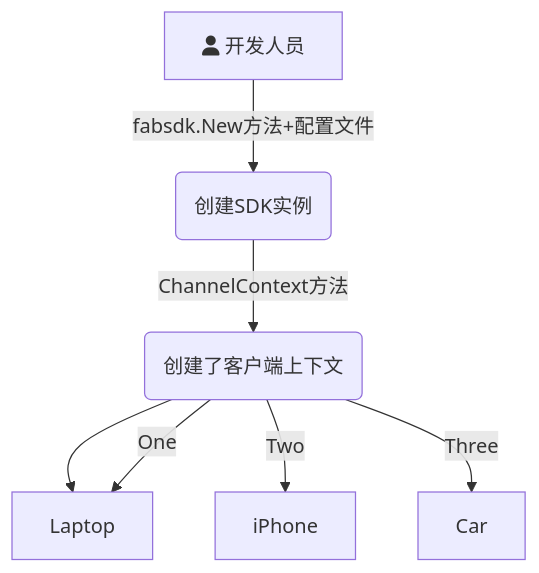
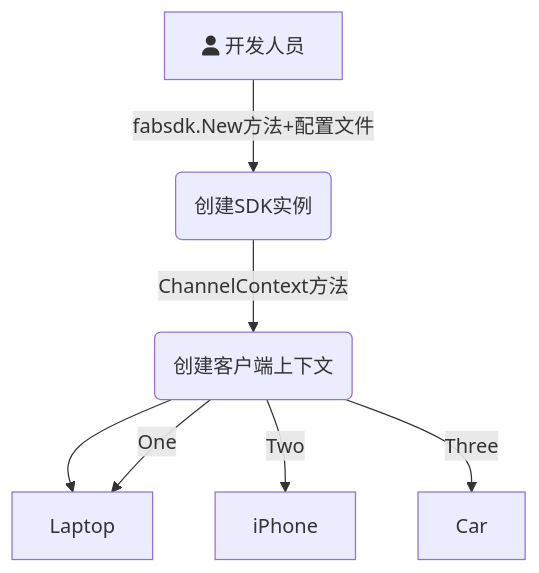
Before and after one commit to Utekichan/iodraw-files: the diagram in all/未命名.md, drawn with Mermaid.

Commit message:
2024-03-30 22:11:05 update

````diff
--- a/all/未命名.md
+++ b/all/未命名.md
@@ -1,10 +1,10 @@
 ```mermaid
 graph TD
     A[fa:fa-user 开发人员] -->|fabsdk.New方法+配置文件| B(创建SDK实例)
-    B-->|ChannelContext方法| C(创建了客户端上下文)
+    B-->|ChannelContext方法| C(创建客户端上下文)
     C --> D{Select}
     C -->|One| D[Laptop]
     C -->|Two| E[iPhone]
     C -->|Three| F[Car]
   
 ```
````
